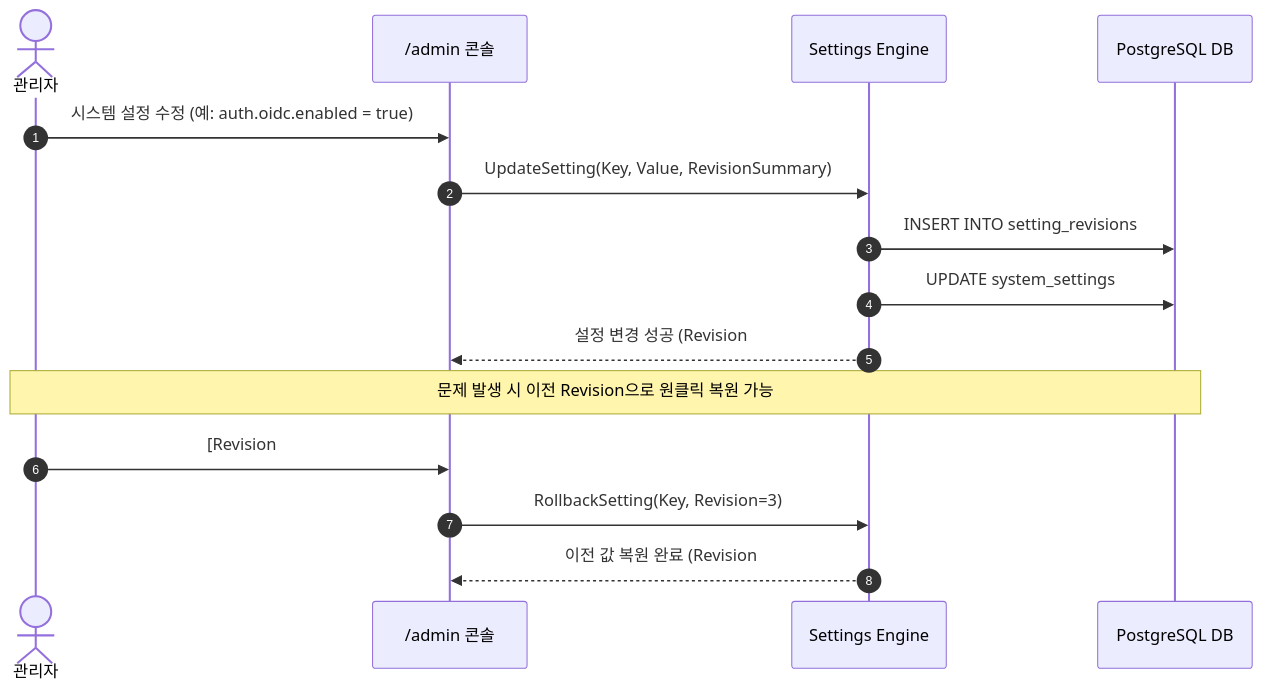
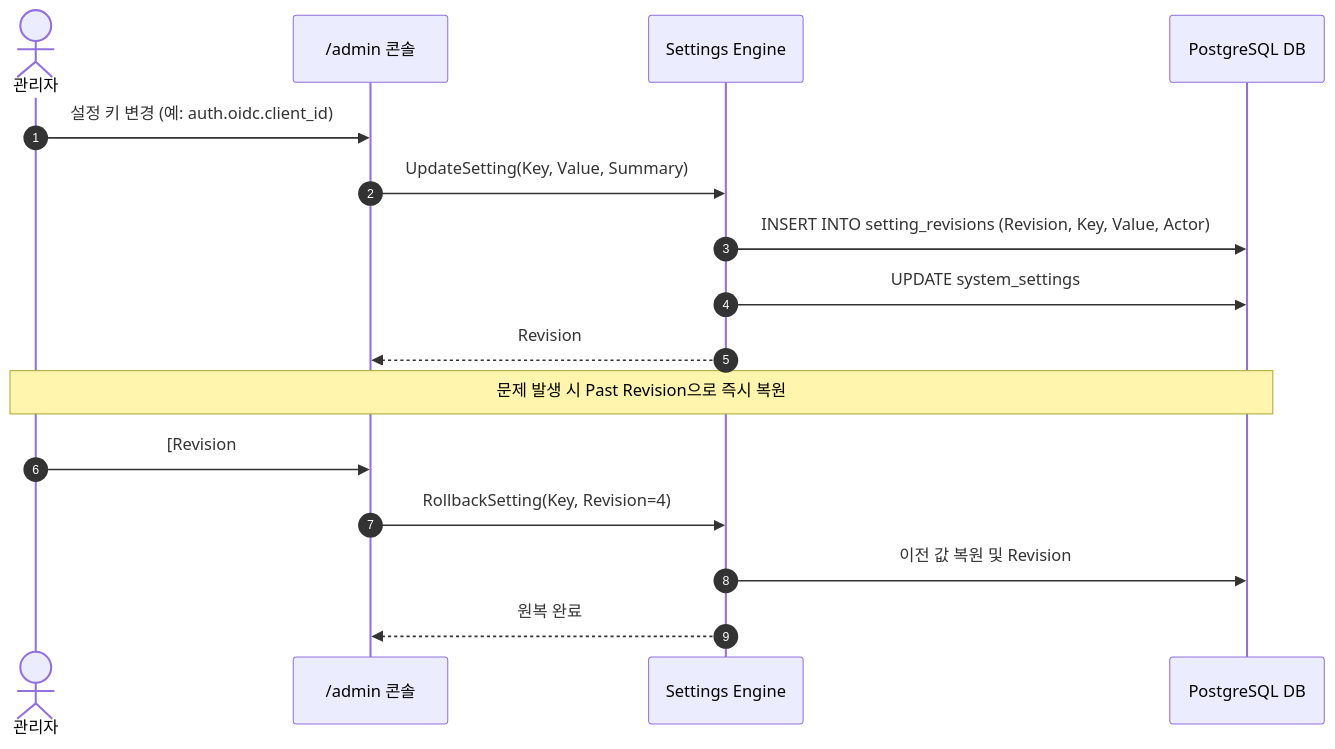
Before and after one commit to hkjang/kanpic: the second of 2 diagrams in docs/ADMIN_GUIDE.md, drawn with Mermaid. The commit also changed other lines of this file and 5 other files, not shown here.

````diff
--- a/docs/ADMIN_GUIDE.md
+++ b/docs/ADMIN_GUIDE.md
@@ -102,19 +195,20 @@
 ```mermaid
 sequenceDiagram
     autonumber
     actor Admin as 관리자
-    participant AdminUI as /admin 콘솔
-    participant SettingsRepo as Settings Engine
+    participant UI as /admin 콘솔
+    participant Settings as Settings Engine
     participant DB as PostgreSQL DB
 
-    Admin->>AdminUI: 시스템 설정 수정 (예: auth.oidc.enabled = true)
-    AdminUI->>SettingsRepo: UpdateSetting(Key, Value, RevisionSummary)
-    SettingsRepo->>DB: INSERT INTO setting_revisions
-    SettingsRepo->>DB: UPDATE system_settings
-    SettingsRepo-->>AdminUI: 설정 변경 성공 (Revision #4 생성)
-    
-    Note over Admin, DB: 문제 발생 시 이전 Revision으로 원클릭 복원 가능
-    Admin->>AdminUI: [Revision #3으로 복원] 클릭
-    AdminUI->>SettingsRepo: RollbackSetting(Key, Revision=3)
-    SettingsRepo-->>AdminUI: 이전 값 복원 완료 (Revision #5 생성)
+    Admin->>UI: 설정 키 변경 (예: auth.oidc.client_id)
+    UI->>Settings: UpdateSetting(Key, Value, Summary)
+    Settings->>DB: INSERT INTO setting_revisions (Revision, Key, Value, Actor)
+    Settings->>DB: UPDATE system_settings
+    Settings-->>UI: Revision #5 생성 및 성공 응답
+
+    Note over Admin, DB: 문제 발생 시 Past Revision으로 즉시 복원
+    Admin->>UI: [Revision #4로 복원] 클릭
+    UI->>Settings: RollbackSetting(Key, Revision=4)
+    Settings->>DB: 이전 값 복원 및 Revision #6 기록
+    Settings-->>UI: 원복 완료
 ```
````
